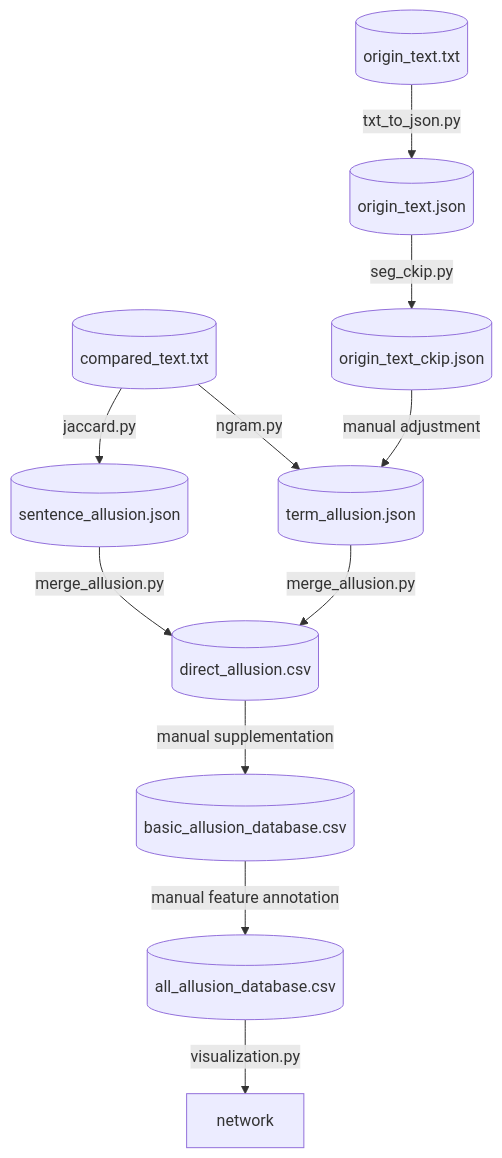
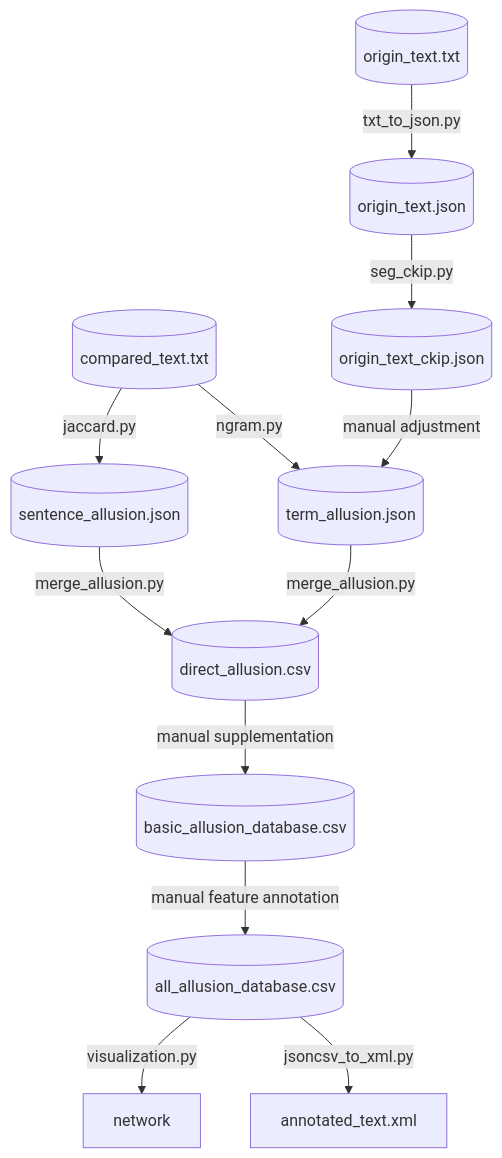
One commit to Taoyi-Chiang/lufu_allusion changed the diagram in README.md. Above: the diagram before and after it, drawn with Mermaid.

````diff
--- a/README.md
+++ b/README.md
@@ -3,26 +3,28 @@
 ```mermaid
 graph TD
     %% 1. 定義各個節點
     A1[(origin_text.txt)]
     A2[(compared_text.txt)]
     B1[(origin_text.json)]
     B2[(origin_text_ckip.json)]
     C1[(sentence_allusion.json)]
     C2[(term_allusion.json)]
     D1[(direct_allusion.csv)]
     E1[(basic_allusion_database.csv)]
     E2[(all_allusion_database.csv)]
     F1[network]
+    F2[annotated_text.xml]
 
     %% 2. 定義接點方向
     A1-->|txt_to_json.py|B1
     B1-->|seg_ckip.py|B2
     B2-->|manual adjustment|C2
     A2-->|jaccard.py|C1
     A2-->|ngram.py|C2
     C1-->|merge_allusion.py|D1
     C2-->|merge_allusion.py|D1
     D1-->|manual supplementation|E1
     E1-->|manual feature annotation|E2
     E2-->|visualization.py|F1
+    E2-->|jsoncsv_to_xml.py|F2
 ```
````
